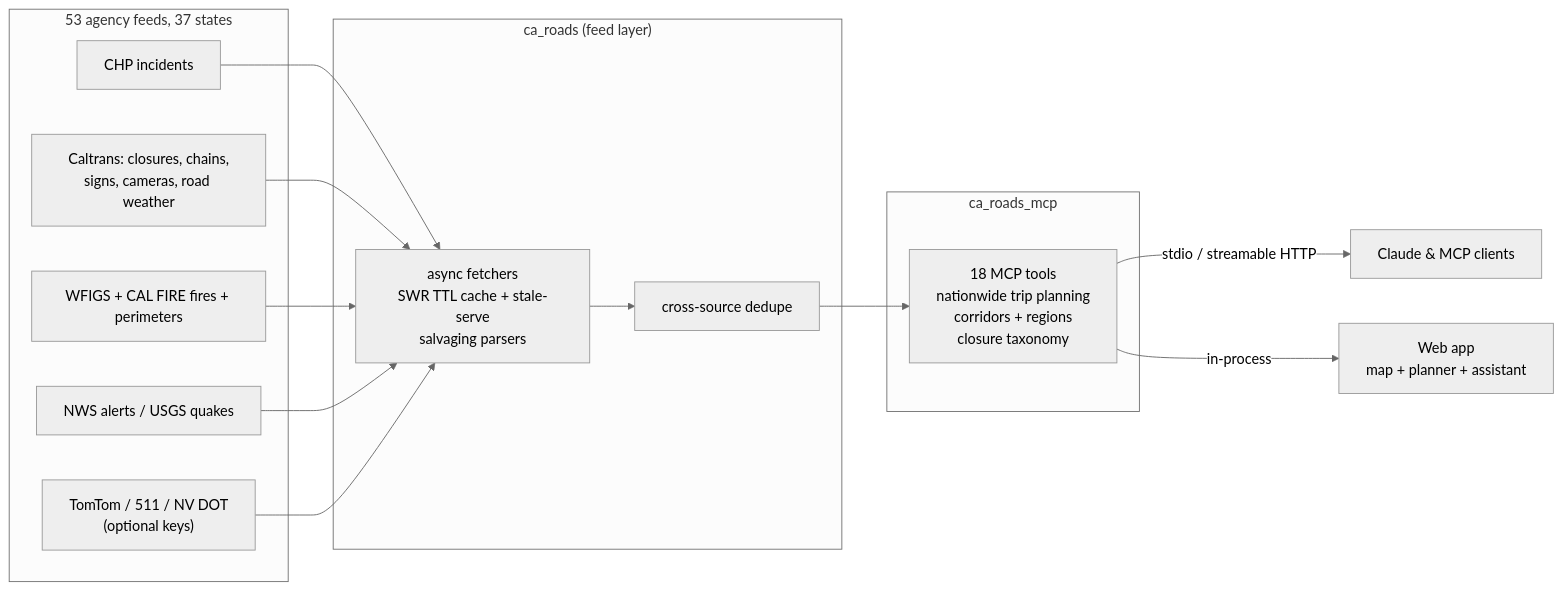
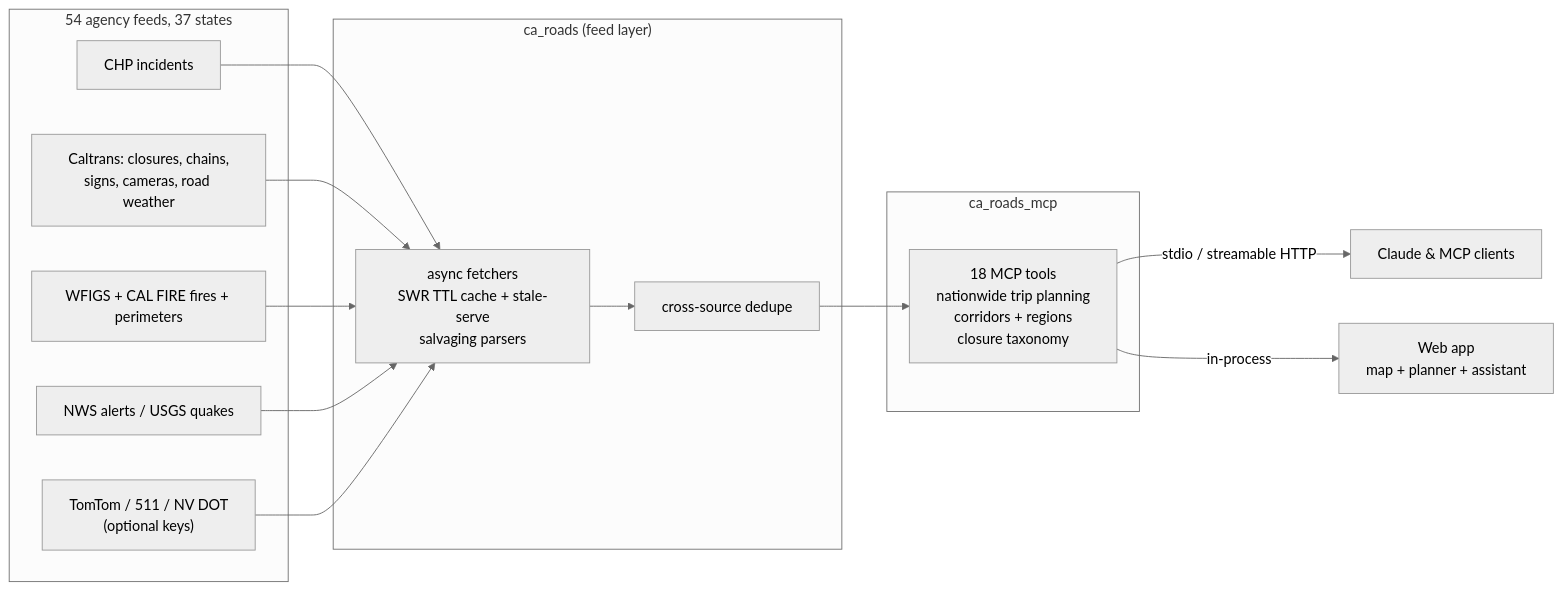
Before and after one commit to nicglazkov/commutescout: the diagram in docs/architecture.md, drawn with Mermaid (neutral theme). The commit also changed 3 other files, not shown here.

````diff
--- a/docs/architecture.md
+++ b/docs/architecture.md
@@ -3,20 +3,20 @@
 ```mermaid
 flowchart LR
-    subgraph feeds["53 agency feeds, 37 states"]
+    subgraph feeds["54 agency feeds, 37 states"]
         CHP["CHP incidents"]
         CT["Caltrans: closures, chains,<br/>signs, cameras, road weather"]
         WF["WFIGS + CAL FIRE fires + perimeters"]
         WX["NWS alerts / USGS quakes"]
         OPT["TomTom / 511 / NV DOT<br/>(optional keys)"]
     end
     subgraph pkg["ca_roads (feed layer)"]
         F["async fetchers<br/>SWR TTL cache + stale-serve<br/>salvaging parsers"]
         D["cross-source dedupe"]
     end
     subgraph srv["ca_roads_mcp"]
         T["18 MCP tools<br/>nationwide trip planning<br/>corridors + regions<br/>closure taxonomy"]
     end
     CHP & CT & WF & WX & OPT --> F --> D --> T
     T -->|"stdio / streamable HTTP"| MCP["Claude & MCP clients"]
     T -->|"in-process"| DEMO["Web app<br/>map + planner + assistant"]
 ```
````
